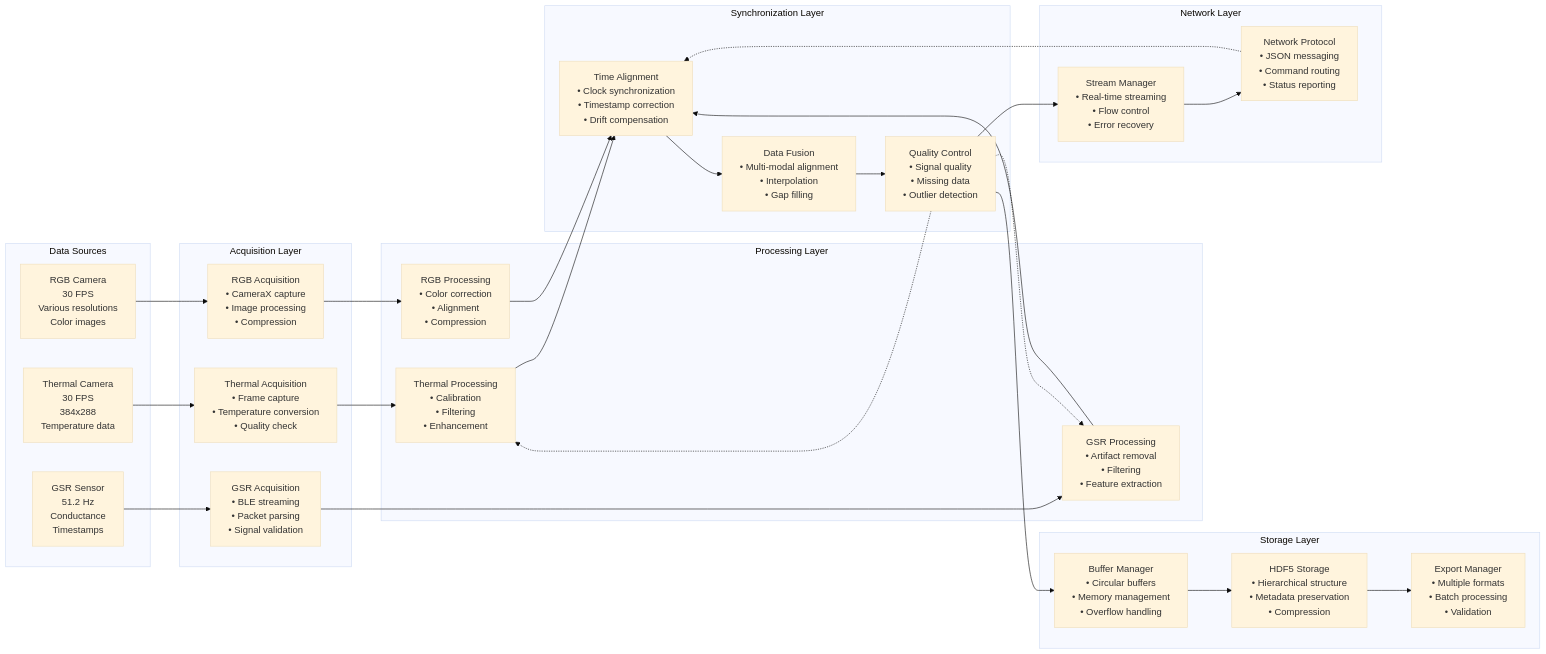
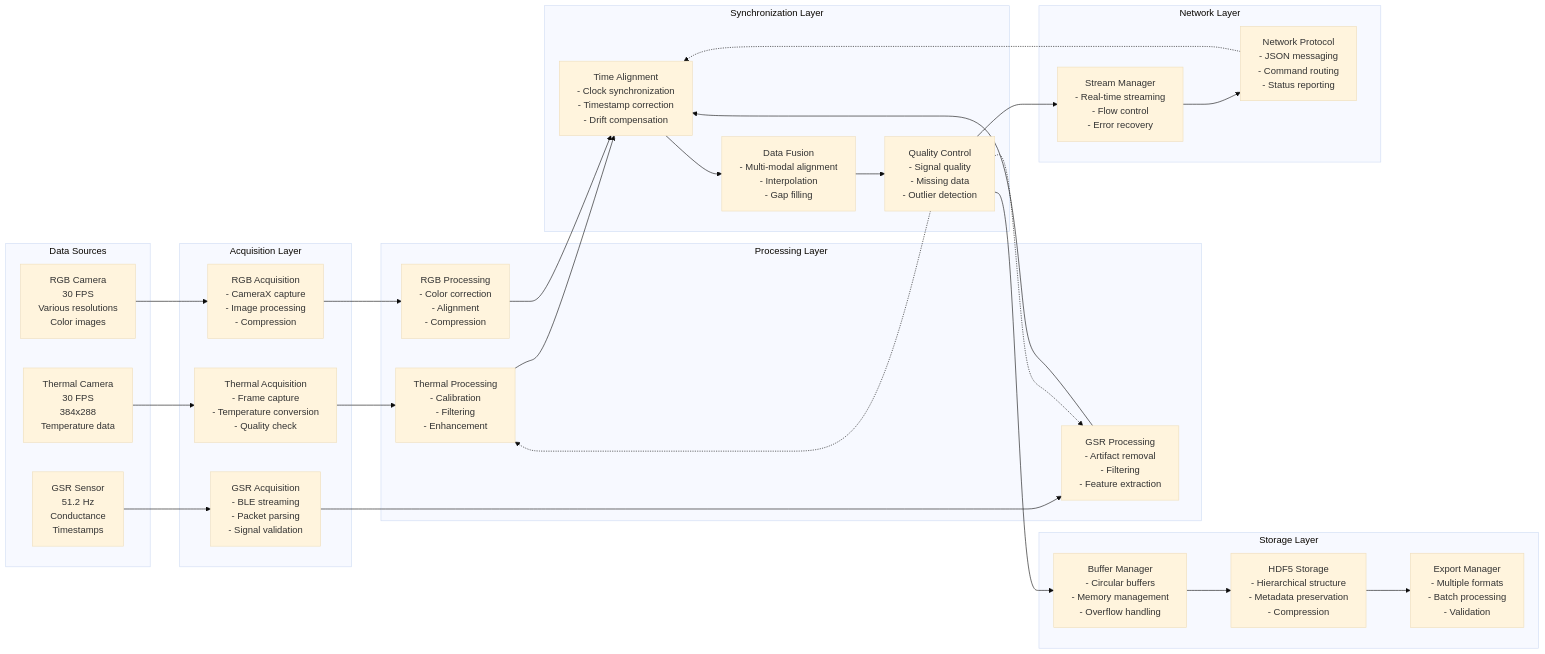
One commit to uclgsr/IRCamera changed the eighth of 23 diagrams in docs/COMPREHENSIVE_ARCHITECTURE_DIAGRAMS.md. Above: the diagram before and after it, drawn with Mermaid (base theme). The commit also changed other lines of this file and 1 other file, not shown here.

Commit message:
Changes before error encountered

````diff
--- a/docs/COMPREHENSIVE_ARCHITECTURE_DIAGRAMS.md
+++ b/docs/COMPREHENSIVE_ARCHITECTURE_DIAGRAMS.md
@@ -854,80 +854,80 @@
 ```mermaid
 graph LR
     subgraph "Data Sources"
         ThermalSrc[Thermal Camera<br/>30 FPS<br/>384x288<br/>Temperature data]
         
         GSRSrc[GSR Sensor<br/>51.2 Hz<br/>Conductance<br/>Timestamps]
         
         RGBSrc[RGB Camera<br/>30 FPS<br/>Various resolutions<br/>Color images]
     end
     
     subgraph "Acquisition Layer"
-        ThermalAcq[Thermal Acquisition<br/>• Frame capture<br/>• Temperature conversion<br/>• Quality check]
+        ThermalAcq[Thermal Acquisition<br/>- Frame capture<br/>- Temperature conversion<br/>- Quality check]
         
-        GSRAcq[GSR Acquisition<br/>• BLE streaming<br/>• Packet parsing<br/>• Signal validation]
+        GSRAcq[GSR Acquisition<br/>- BLE streaming<br/>- Packet parsing<br/>- Signal validation]
         
-        RGBAcq[RGB Acquisition<br/>• CameraX capture<br/>• Image processing<br/>• Compression]
+        RGBAcq[RGB Acquisition<br/>- CameraX capture<br/>- Image processing<br/>- Compression]
     end
     
     subgraph "Processing Layer"
-        ThermalProc[Thermal Processing<br/>• Calibration<br/>• Filtering<br/>• Enhancement]
+        ThermalProc[Thermal Processing<br/>- Calibration<br/>- Filtering<br/>- Enhancement]
         
-        GSRProc[GSR Processing<br/>• Artifact removal<br/>• Filtering<br/>• Feature extraction]
+        GSRProc[GSR Processing<br/>- Artifact removal<br/>- Filtering<br/>- Feature extraction]
         
-        RGBProc[RGB Processing<br/>• Color correction<br/>• Alignment<br/>• Compression]
+        RGBProc[RGB Processing<br/>- Color correction<br/>- Alignment<br/>- Compression]
     end
     
     subgraph "Synchronization Layer"
-        TimeAlign[Time Alignment<br/>• Clock synchronization<br/>• Timestamp correction<br/>• Drift compensation]
+        TimeAlign[Time Alignment<br/>- Clock synchronization<br/>- Timestamp correction<br/>- Drift compensation]
         
-        DataFusion[Data Fusion<br/>• Multi-modal alignment<br/>• Interpolation<br/>• Gap filling]
+        DataFusion[Data Fusion<br/>- Multi-modal alignment<br/>- Interpolation<br/>- Gap filling]
         
-        QualityCtrl[Quality Control<br/>• Signal quality<br/>• Missing data<br/>• Outlier detection]
+        QualityCtrl[Quality Control<br/>- Signal quality<br/>- Missing data<br/>- Outlier detection]
     end
     
     subgraph "Storage Layer"
-        BufferMgr[Buffer Manager<br/>• Circular buffers<br/>• Memory management<br/>• Overflow handling]
+        BufferMgr[Buffer Manager<br/>- Circular buffers<br/>- Memory management<br/>- Overflow handling]
         
-        HDF5Store[HDF5 Storage<br/>• Hierarchical structure<br/>• Metadata preservation<br/>• Compression]
+        HDF5Store[HDF5 Storage<br/>- Hierarchical structure<br/>- Metadata preservation<br/>- Compression]
         
-        ExportMgr[Export Manager<br/>• Multiple formats<br/>• Batch processing<br/>• Validation]
+        ExportMgr[Export Manager<br/>- Multiple formats<br/>- Batch processing<br/>- Validation]
     end
     
     subgraph "Network Layer"
-        StreamMgr[Stream Manager<br/>• Real-time streaming<br/>• Flow control<br/>• Error recovery]
+        StreamMgr[Stream Manager<br/>- Real-time streaming<br/>- Flow control<br/>- Error recovery]
         
-        NetworkProto[Network Protocol<br/>• JSON messaging<br/>• Command routing<br/>• Status reporting]
+        NetworkProto[Network Protocol<br/>- JSON messaging<br/>- Command routing<br/>- Status reporting]
     end
     
     %% Data source to acquisition
     ThermalSrc --> ThermalAcq
     GSRSrc --> GSRAcq
     RGBSrc --> RGBAcq
     
     %% Acquisition to processing
     ThermalAcq --> ThermalProc
     GSRAcq --> GSRProc
     RGBAcq --> RGBProc
     
     %% Processing to synchronization
     ThermalProc --> TimeAlign
     GSRProc --> TimeAlign
     RGBProc --> TimeAlign
     
     TimeAlign --> DataFusion
     DataFusion --> QualityCtrl
     
     %% Synchronization to storage
     QualityCtrl --> BufferMgr
     BufferMgr --> HDF5Store
     HDF5Store --> ExportMgr
     
     %% Network integration
     QualityCtrl --> StreamMgr
     StreamMgr --> NetworkProto
     
     %% Feedback loops
     QualityCtrl -.-> ThermalProc
     QualityCtrl -.-> GSRProc
     NetworkProto -.-> TimeAlign
 ```
````
